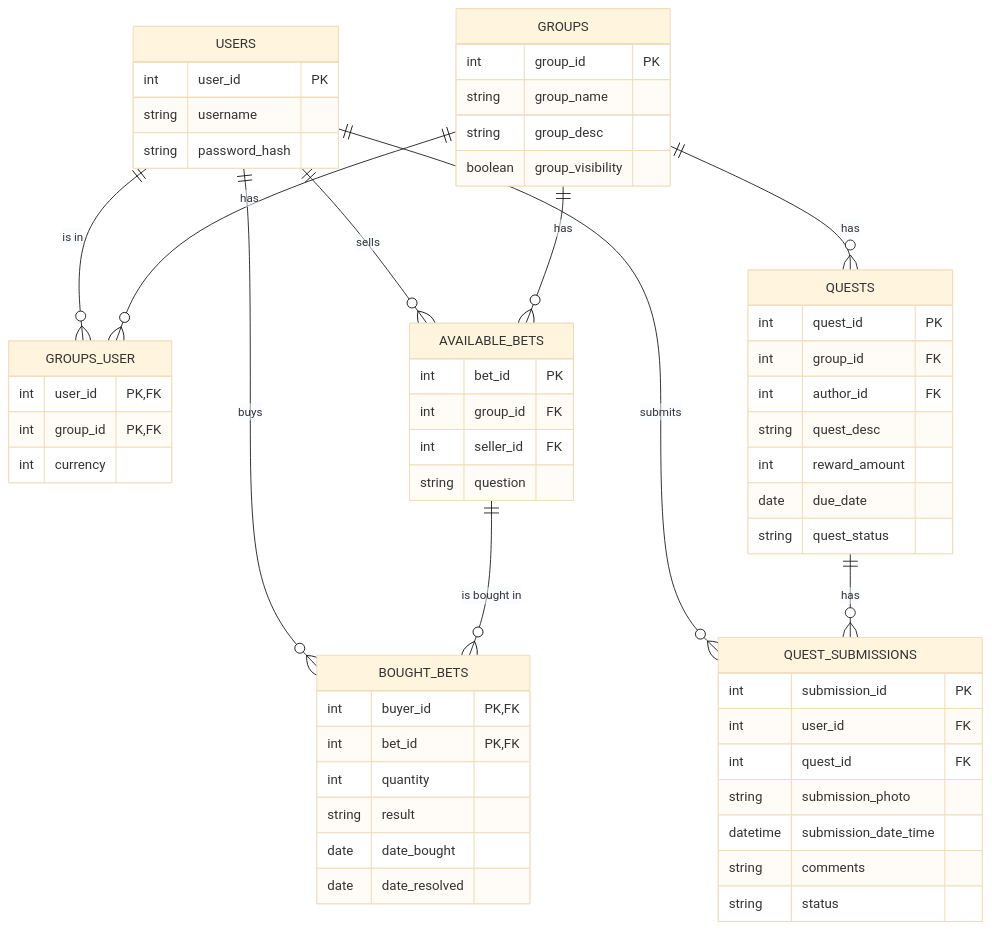
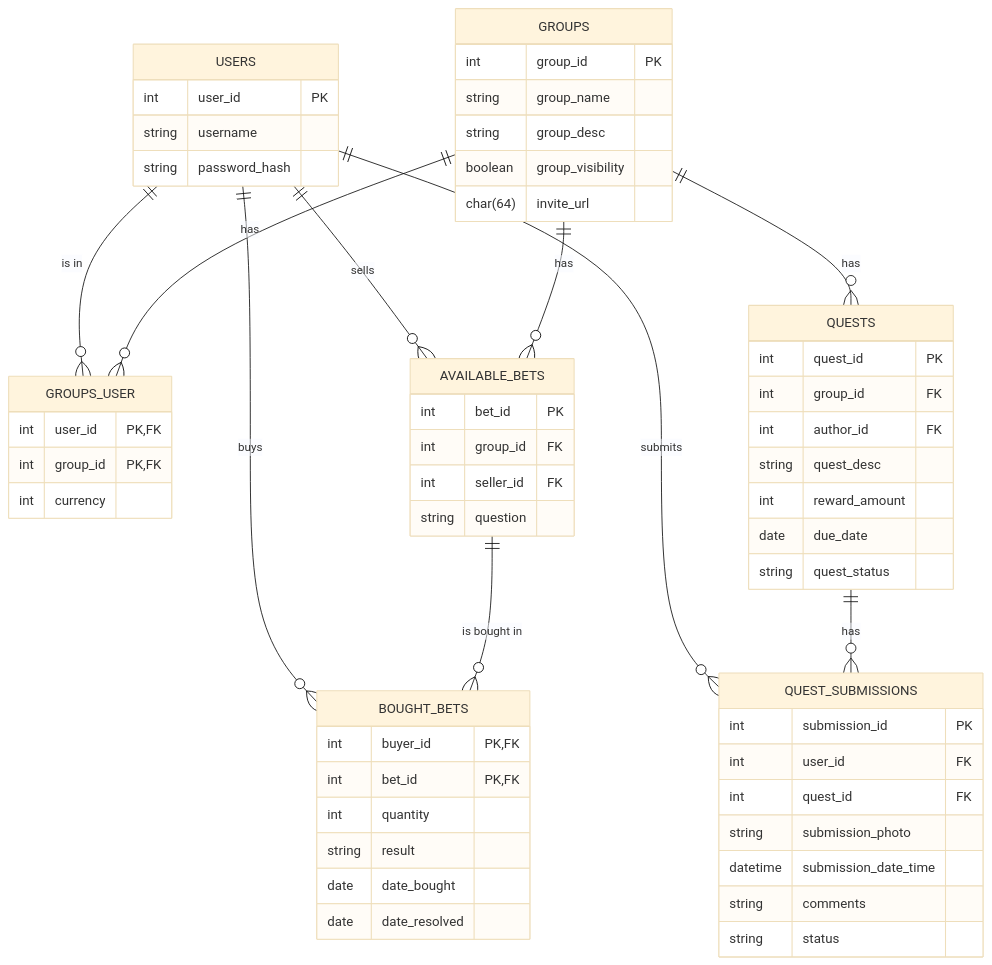
One commit to jdolak/sidequest changed the diagram in docs/erd.md. Above: the diagram before and after it, drawn with Mermaid (base theme).

````diff
--- a/docs/erd.md
+++ b/docs/erd.md
@@ -1,68 +1,69 @@
 ```mermaid
 erDiagram
     USERS {
         int user_id PK
         string username
         string password_hash
     }
 
     GROUPS {
         int group_id PK
         string group_name
         string group_desc
         boolean group_visibility
+        char(64) invite_url
     }
 
     GROUPS_USER {
         int user_id PK,FK
         int group_id PK,FK
         int currency
     }
 
     AVAILABLE_BETS {
         int bet_id PK
         int group_id FK
         int seller_id FK
         string question
     }
 
     BOUGHT_BETS {
         int buyer_id PK,FK
         int bet_id PK,FK
         int quantity
         string result
         date date_bought
         date date_resolved
     }
 
     QUESTS {
         int quest_id PK
         int group_id FK
         int author_id FK
         string quest_desc
         int reward_amount
         date due_date
         string quest_status
     }
 
     QUEST_SUBMISSIONS {
         int submission_id PK
         int user_id FK
         int quest_id FK
         string submission_photo
         datetime submission_date_time
         string comments
         string status
     }
 
     USERS ||--o{ GROUPS_USER : "is in"
     GROUPS ||--o{ GROUPS_USER : "has"
     USERS ||--o{ AVAILABLE_BETS : "sells"
     GROUPS ||--o{ AVAILABLE_BETS : "has"
     USERS ||--o{ BOUGHT_BETS : "buys"
     AVAILABLE_BETS ||--o{ BOUGHT_BETS : "is bought in"
     GROUPS ||--o{ QUESTS : "has"
     USERS ||--o{ QUEST_SUBMISSIONS : "submits"
     QUESTS ||--o{ QUEST_SUBMISSIONS : "has"
 
 ```
````
